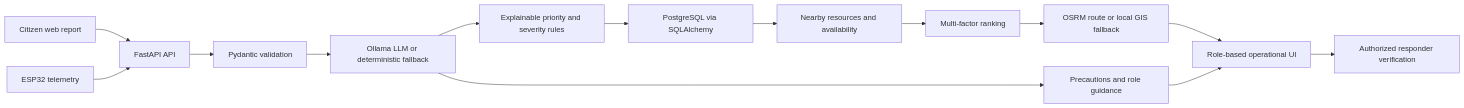
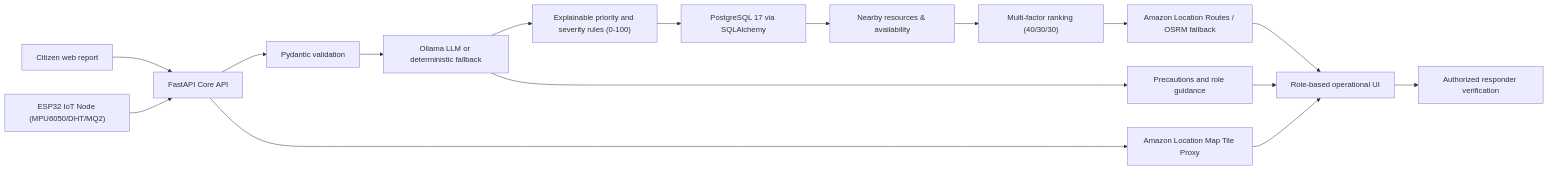
One commit to Dikshitha-Rasineni/emergency-intelligence-response changed the diagram in README.md. Above: the diagram before and after it, drawn with Mermaid. The commit also changed other lines of this file and 4 other files, not shown here.

Commit message:
docs: create comprehensive workflow guide and update architecture & READMEs

````diff
--- a/README.md
+++ b/README.md
@@ -62,16 +71,18 @@
 ```mermaid
 flowchart LR
-    citizen["Citizen web report"] --> api["FastAPI API"]
-    sensor["ESP32 telemetry"] --> api
+    citizen["Citizen web report"] --> api["FastAPI Core API"]
+    sensor["ESP32 IoT Node (MPU6050/DHT/MQ2)"] --> api
     api --> validate["Pydantic validation"]
     validate --> understand["Ollama LLM or deterministic fallback"]
-    understand --> priority["Explainable priority and severity rules"]
-    priority --> db["PostgreSQL via SQLAlchemy"]
-    db --> resources["Nearby resources and availability"]
-    resources --> ranking["Multi-factor ranking"]
-    ranking --> routing["OSRM route or local GIS fallback"]
+    understand --> priority["Explainable priority and severity rules (0-100)"]
+    priority --> db["PostgreSQL 17 via SQLAlchemy"]
+    db --> resources["Nearby resources & availability"]
+    resources --> ranking["Multi-factor ranking (40/30/30)"]
+    ranking --> routing["Amazon Location Routes / OSRM fallback"]
     routing --> ui["Role-based operational UI"]
+    api --> mapservice["Amazon Location Map Tile Proxy"]
+    mapservice --> ui
     understand --> guidance["Precautions and role guidance"]
     guidance --> ui
     ui --> human["Authorized responder verification"]
 ```
````
